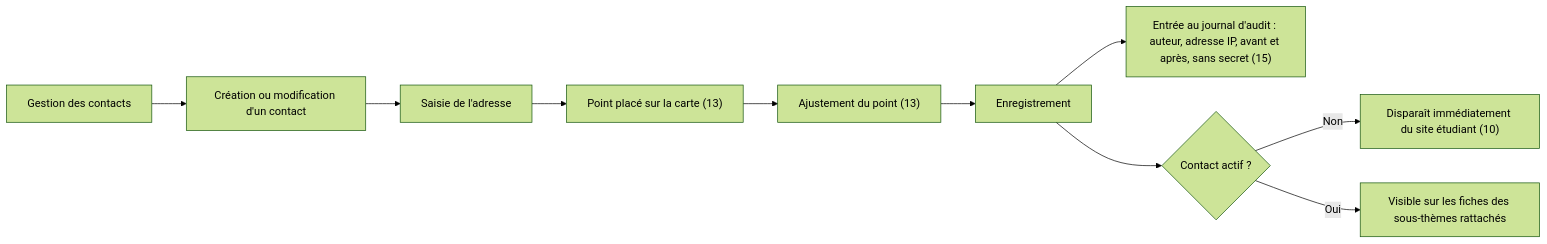
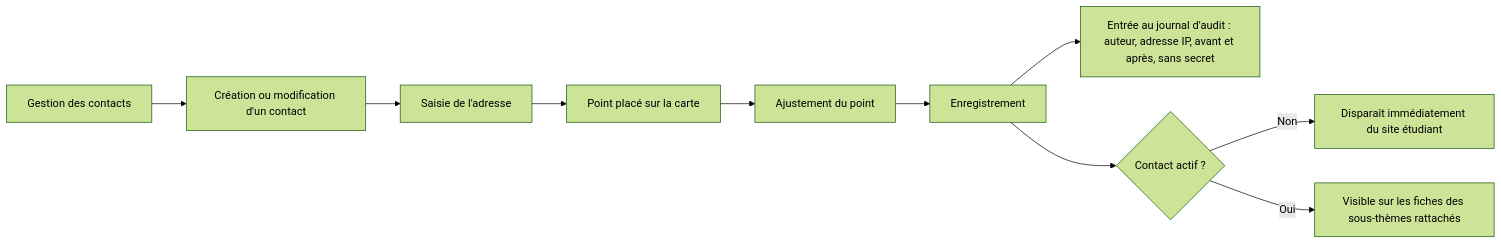
Before and after one commit to Korrighed/safe-campus-back: the eighth of 12 diagrams in docs/cahier-des-charges-techniques.md, drawn with Mermaid (forest theme). The commit also changed other lines of this file and 42 other files, not shown here.

````diff
--- a/docs/cahier-des-charges-techniques.md
+++ b/docs/cahier-des-charges-techniques.md
@@ -415,12 +487,12 @@
 ```mermaid
 flowchart LR
   A["Gestion des contacts"] --> B["Création ou modification d'un contact"]
   B --> C["Saisie de l'adresse"]
-  C --> D["Point placé sur la carte (13)"]
-  D --> E["Ajustement du point (13)"]
+  C --> D["Point placé sur la carte"]
+  D --> E["Ajustement du point"]
   E --> F["Enregistrement"]
-  F --> G["Entrée au journal d'audit : auteur, adresse IP, avant et après, sans secret (15)"]
+  F --> G["Entrée au journal d'audit : auteur, adresse IP, avant et après, sans secret"]
   F --> H{"Contact actif ?"}
-  H -->|Non| I["Disparaît immédiatement du site étudiant (10)"]
+  H -->|Non| I["Disparaît immédiatement du site étudiant"]
   H -->|Oui| J["Visible sur les fiches des sous-thèmes rattachés"]
 ```
````
